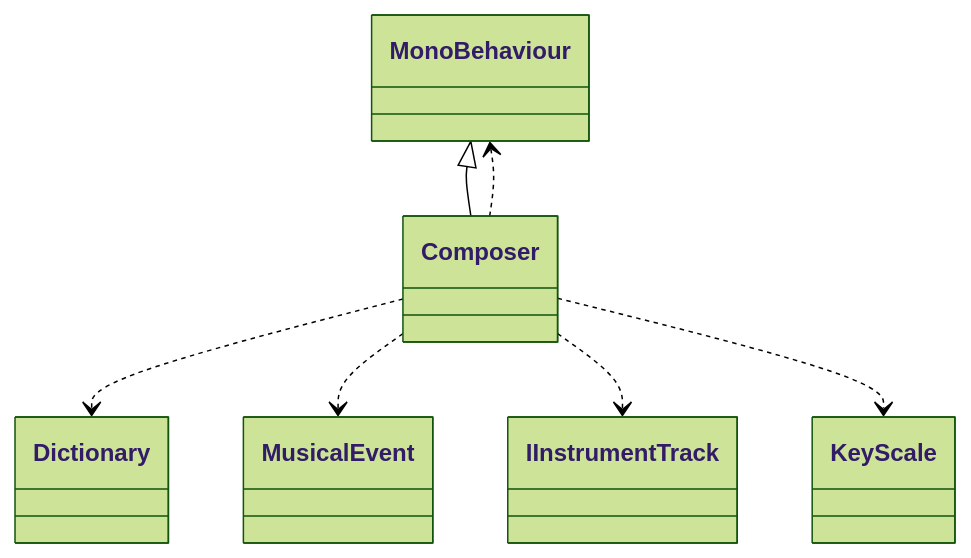
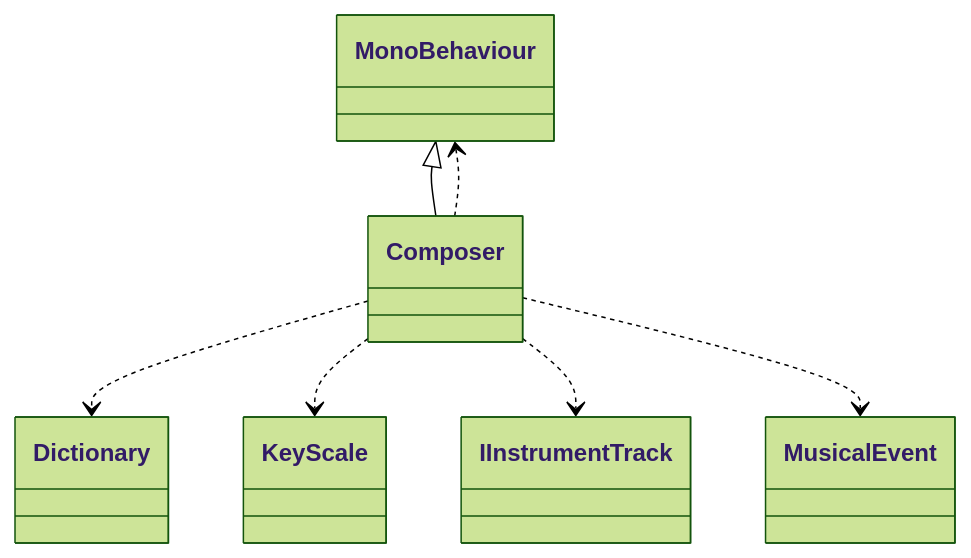
The first of 31 diagrams in test/test.md (schnock-art/project_inspector), drawn with Mermaid (forest theme) before and after one commit. The commit also changed other lines of this file and 2 other files, not shown here.

Commit message:
Fixed empyt mermaid diagrams

````diff
--- a/test/test.md
+++ b/test/test.md
@@ -144,9 +144,9 @@
 ```mermaid
 classDiagram
 MonoBehaviour <|-- Composer
 Composer ..> Dictionary
+Composer ..> KeyScale
 Composer ..> MonoBehaviour
+Composer ..> IInstrumentTrack
 Composer ..> MusicalEvent
-Composer ..> IInstrumentTrack
-Composer ..> KeyScale
 ```
````
